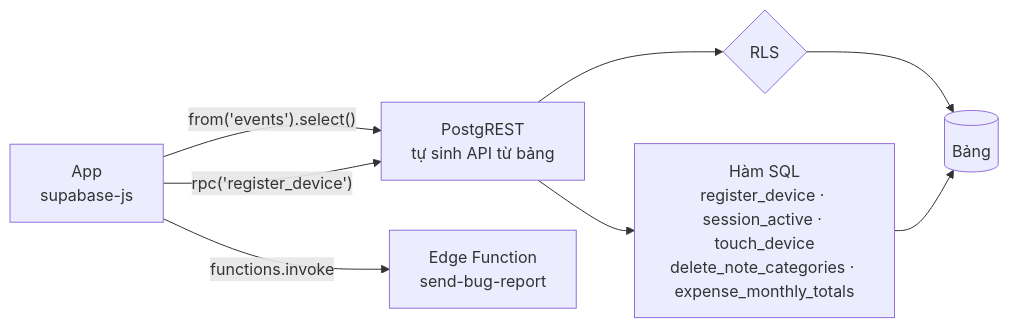
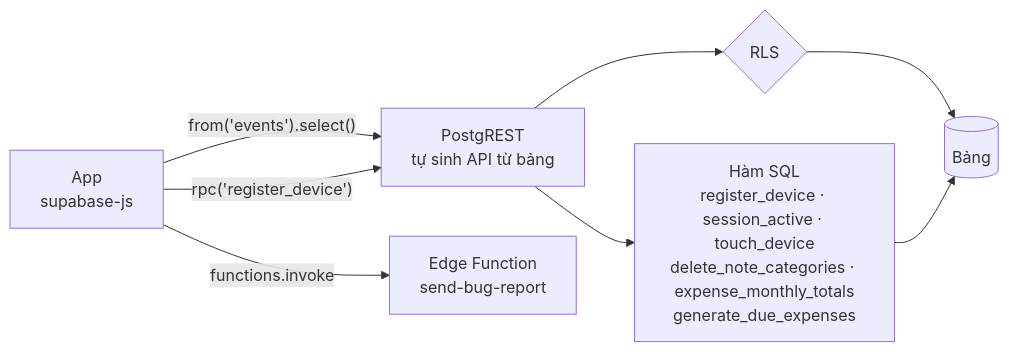
One commit to danhbuidcn/daynest changed the second of 3 diagrams in docs/specs/architecture/index.md. Above: the diagram before and after it, drawn with Mermaid. The commit also changed other lines of this file and 13 other files, not shown here.

Commit message:
docs: architecture per latest spec

````diff
--- a/docs/specs/architecture/index.md
+++ b/docs/specs/architecture/index.md
@@ -78,9 +79,9 @@
 ```mermaid
 flowchart LR
   App["App<br/>supabase-js"] -->|"from('events').select()"| PGR["PostgREST<br/>tự sinh API từ bảng"]
   App -->|"rpc('register_device')"| PGR
   PGR --> RLS{"RLS"} --> Tables[("Bảng")]
   App -->|"functions.invoke"| EF["Edge Function<br/>send-bug-report"]
-  PGR --> Fn["Hàm SQL<br/>register_device · session_active · touch_device<br/>delete_note_categories · expense_monthly_totals"]
+  PGR --> Fn["Hàm SQL<br/>register_device · session_active · touch_device<br/>delete_note_categories · expense_monthly_totals<br/>generate_due_expenses"]
   Fn --> Tables
 ```
````
